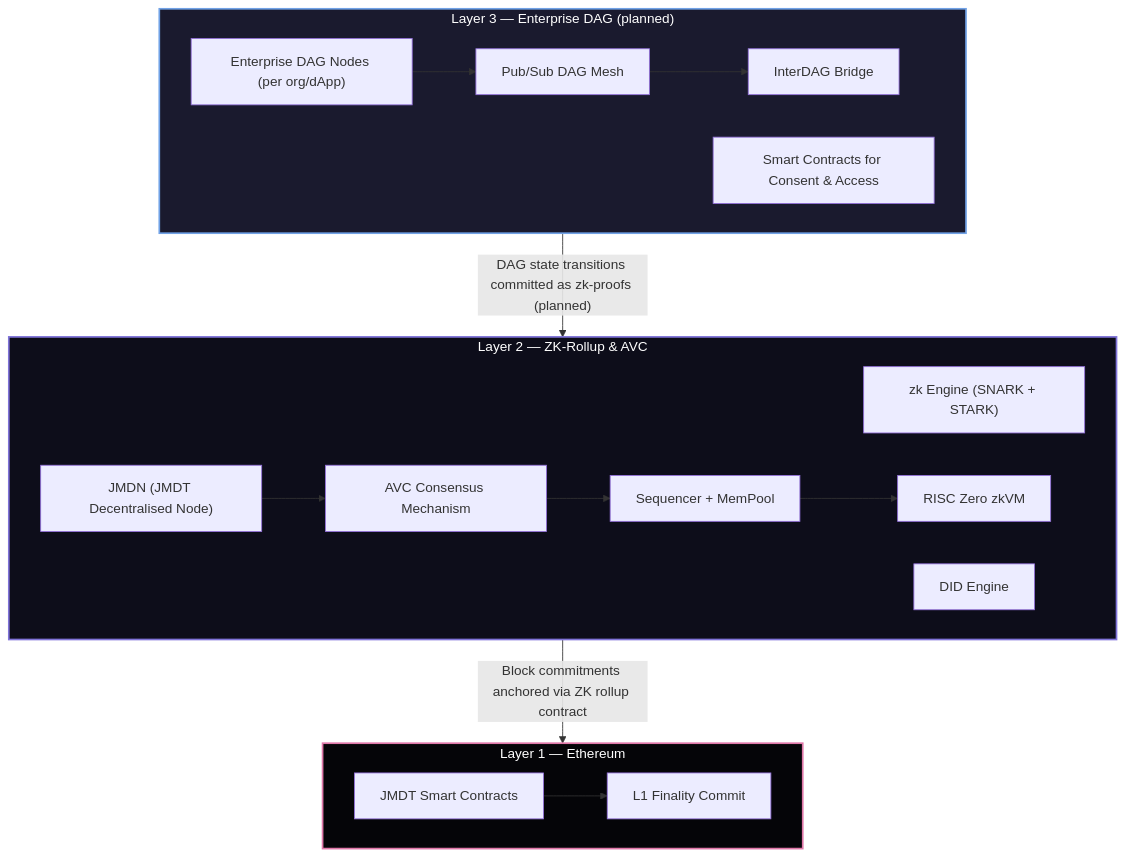
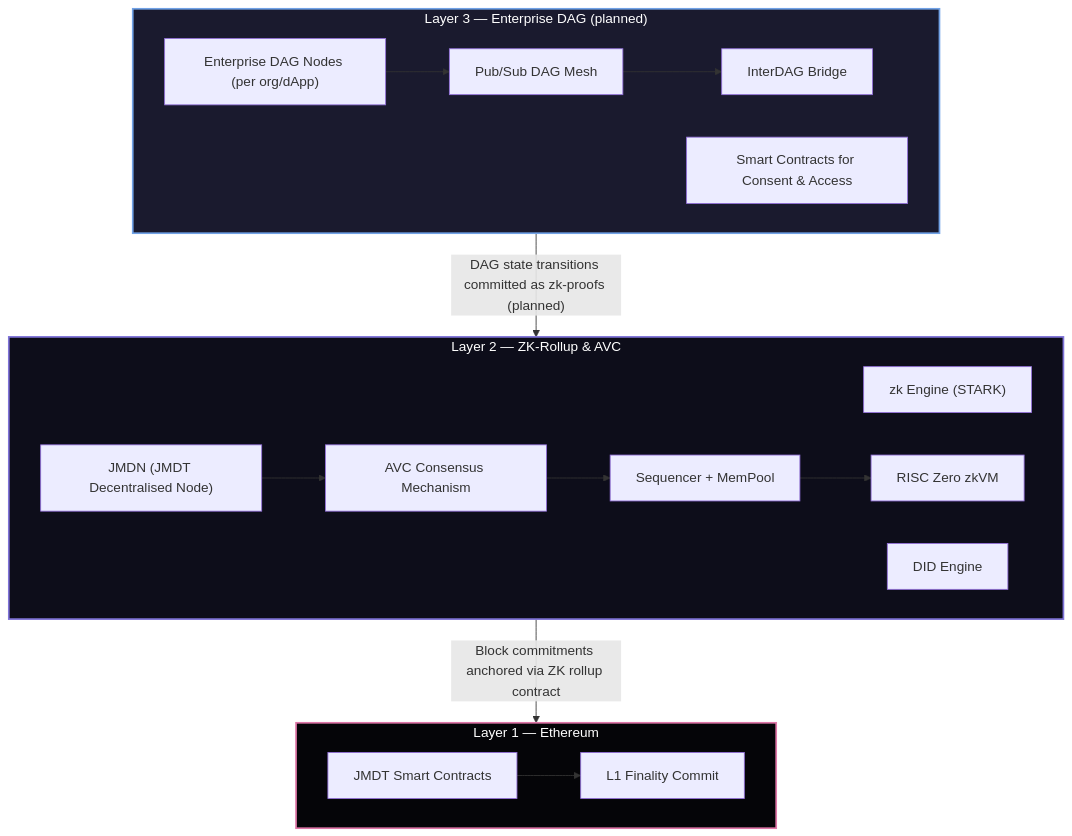
One commit to JupiterMetaLabs/docs changed the diagram in docs/architecture.md. Above: the diagram before and after it, drawn with Mermaid. The commit also changed other lines of this file and 12 other files, not shown here.

````diff
--- a/docs/architecture.md
+++ b/docs/architecture.md
@@ -17,35 +17,35 @@
 ```mermaid
 graph TD
     subgraph L3["Layer 3 — Enterprise DAG (planned)"]
         A1["Enterprise DAG Nodes (per org/dApp)"]
         A2["Pub/Sub DAG Mesh"]
         A3["InterDAG Bridge"]
         A4["Smart Contracts for Consent & Access"]
         A1 --> A2
         A2 --> A3
     end
     style L3 fill:#1a1a2e,stroke:#71a2e6,stroke-width:2px,color:#fff
 
     subgraph L2["Layer 2 — ZK-Rollup & AVC"]
-        B1["zk Engine (SNARK + STARK)"]
+        B1["zk Engine (STARK)"]
         B2["DID Engine"]
         B3["AVC Consensus Mechanism"]
         B4["Sequencer + MemPool"]
         B5["RISC Zero zkVM"]
         B6["JMDN (JMDT Decentralised Node)"]
         B3 --> B4
         B4 --> B5
         B6 --> B3
     end
     style L2 fill:#0d0d1a,stroke:#8074d9,stroke-width:2px,color:#fff
 
     subgraph L1["Layer 1 — Ethereum"]
         C1["JMDT Smart Contracts"]
         C2["L1 Finality Commit"]
         C1 --> C2
     end
     style L1 fill:#050508,stroke:#df77a8,stroke-width:2px,color:#fff
 
     L3 -->|"DAG state transitions committed as zk-proofs (planned)"| L2
     L2 -->|"Block commitments anchored via ZK rollup contract"| L1
 ```
````
